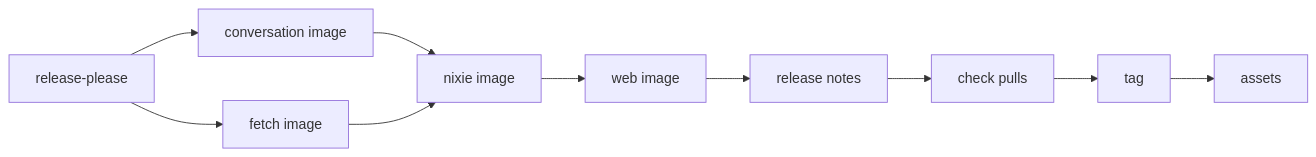
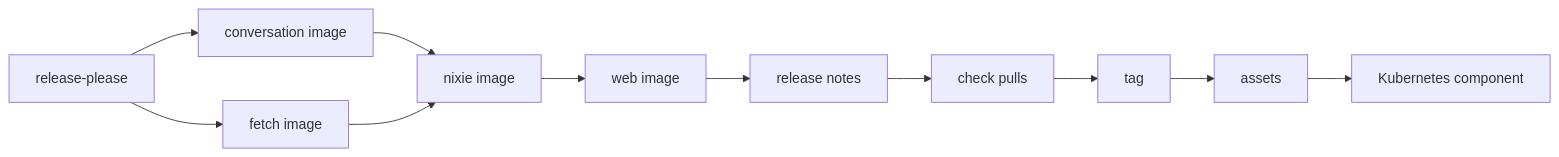
One commit to zgeoff/nixie changed the diagram in docs/architecture/deployment/release-pipeline.md. Above: the diagram before and after it, drawn with Mermaid. The commit also changed other lines of this file and 5 other files, not shown here.

````diff
--- a/docs/architecture/deployment/release-pipeline.md
+++ b/docs/architecture/deployment/release-pipeline.md
@@ -44,12 +44,13 @@
 ```mermaid
 flowchart LR
   rp[release-please] --> conv[conversation image]
   rp --> fetch[fetch image]
   conv --> nixie[nixie image]
   fetch --> nixie
   nixie --> web[web image]
   web --> notes[release notes]
   notes --> pulls[check pulls]
   pulls --> tag[tag]
   tag --> assets[assets]
+  assets --> k8s[Kubernetes component]
 ```
````
